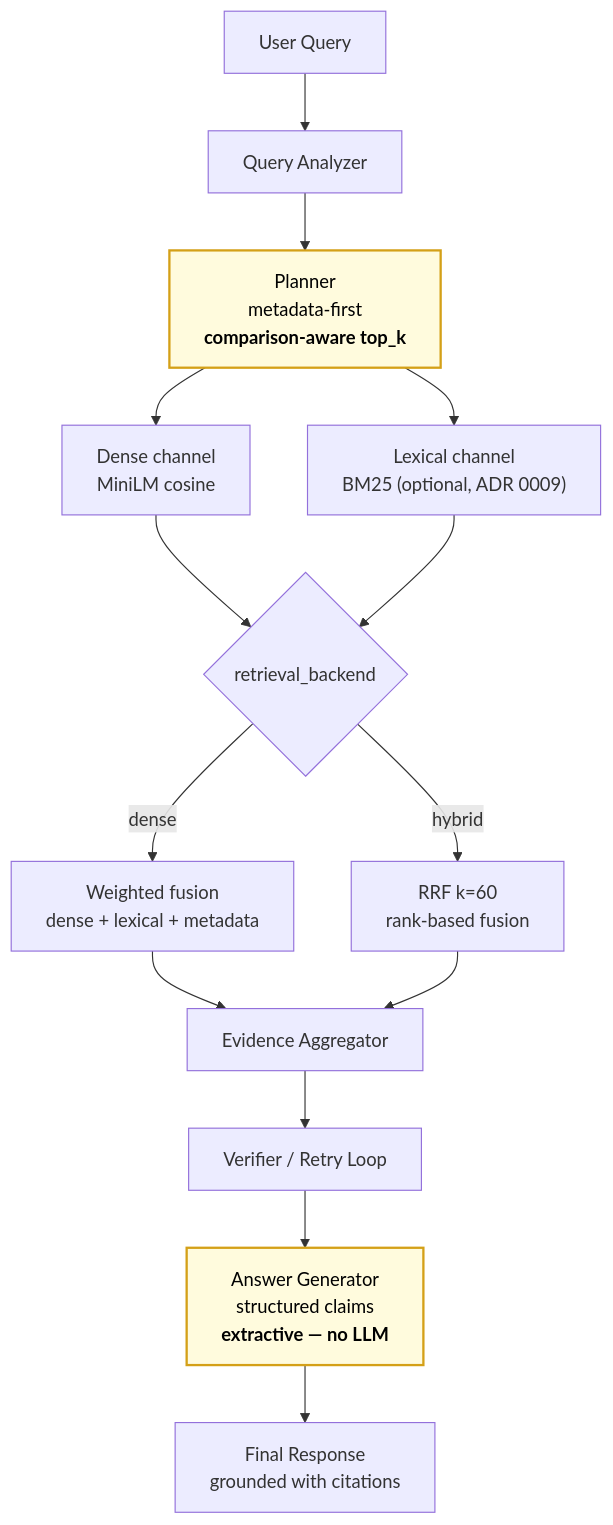
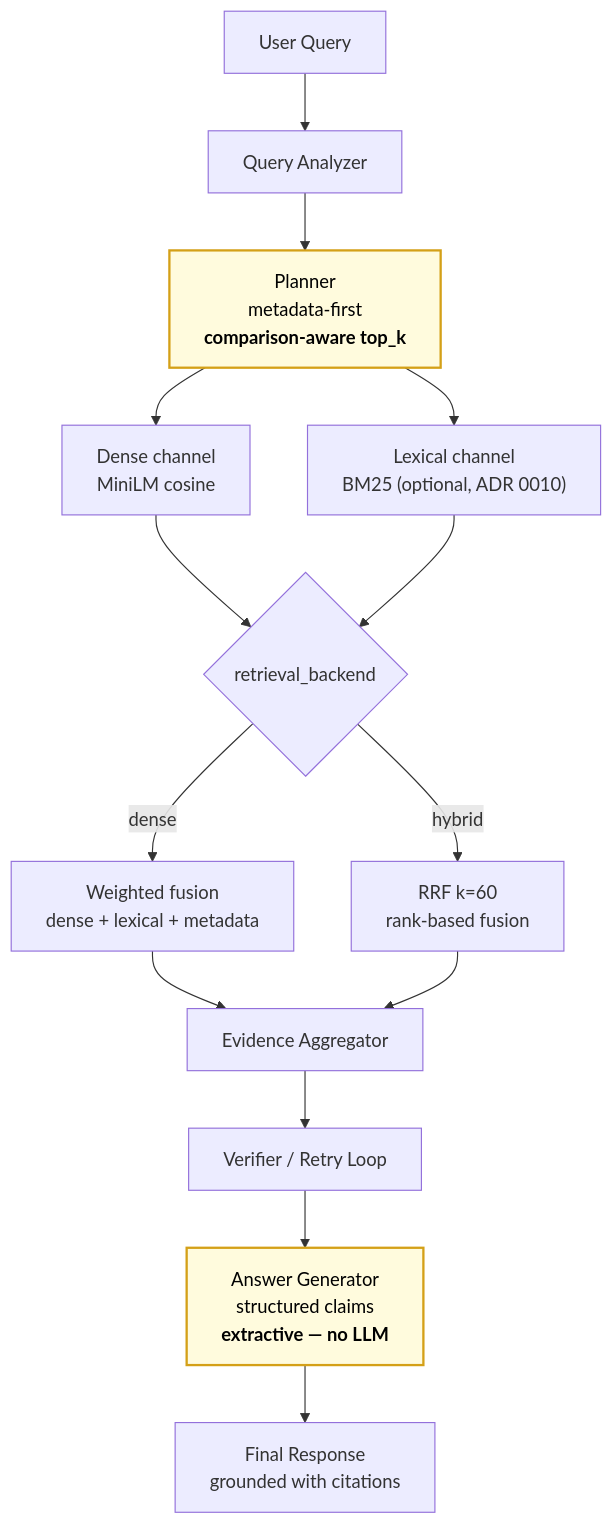
The diagram in README.md (hskim-solv/Agentic-VLM), drawn with Mermaid before and after one commit. The commit also changed other lines of this file and 15 other files, not shown here.

````diff
--- a/README.md
+++ b/README.md
@@ -253,19 +254,19 @@
 ```mermaid
 flowchart TD
     Q[User Query] --> A[Query Analyzer]
     A --> P["Planner<br/>metadata-first<br/><b>comparison-aware top_k</b>"]
     P --> RD["Dense channel<br/>MiniLM cosine"]
-    P --> RB["Lexical channel<br/>BM25 (optional, ADR 0009)"]
+    P --> RB["Lexical channel<br/>BM25 (optional, ADR 0010)"]
     RD --> FU{retrieval_backend}
     RB --> FU
     FU -->|dense| W["Weighted fusion<br/>dense + lexical + metadata"]
     FU -->|hybrid| RRF["RRF k=60<br/>rank-based fusion"]
     W --> E[Evidence Aggregator]
     RRF --> E
     E --> V[Verifier / Retry Loop]
     V --> G["Answer Generator<br/>structured claims<br/><b>extractive — no LLM</b>"]
     G --> F[Final Response<br/>grounded with citations]
 
     classDef highlight fill:#fffbdd,stroke:#d4a017,stroke-width:2px,color:#000
     class P,G highlight
 ```
````
